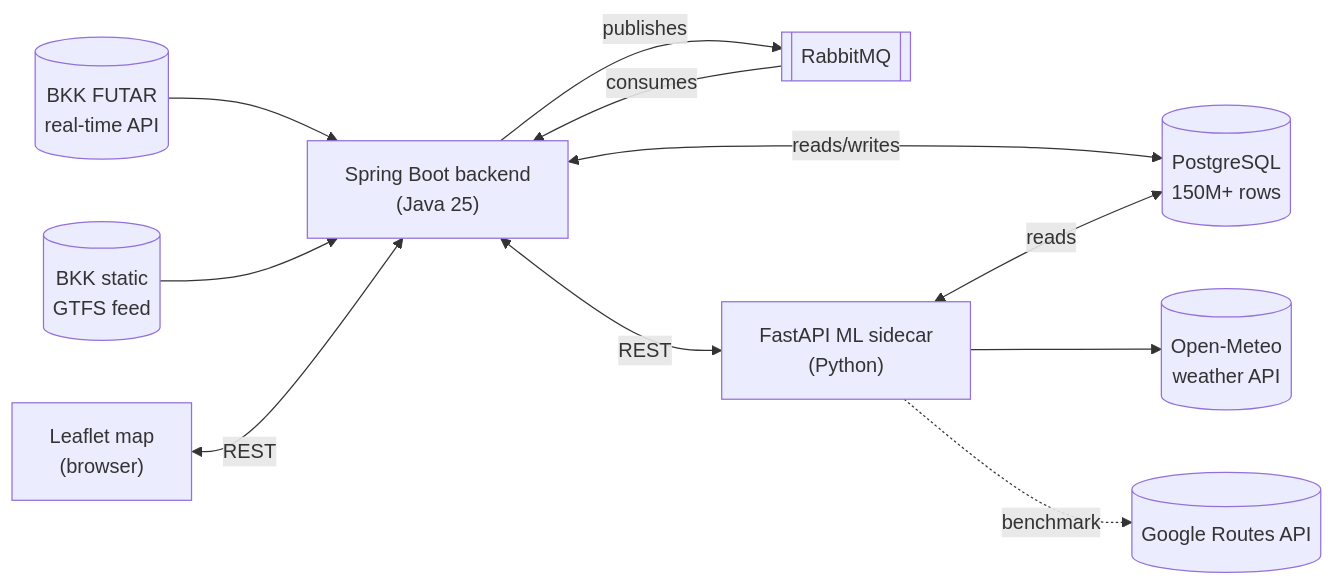
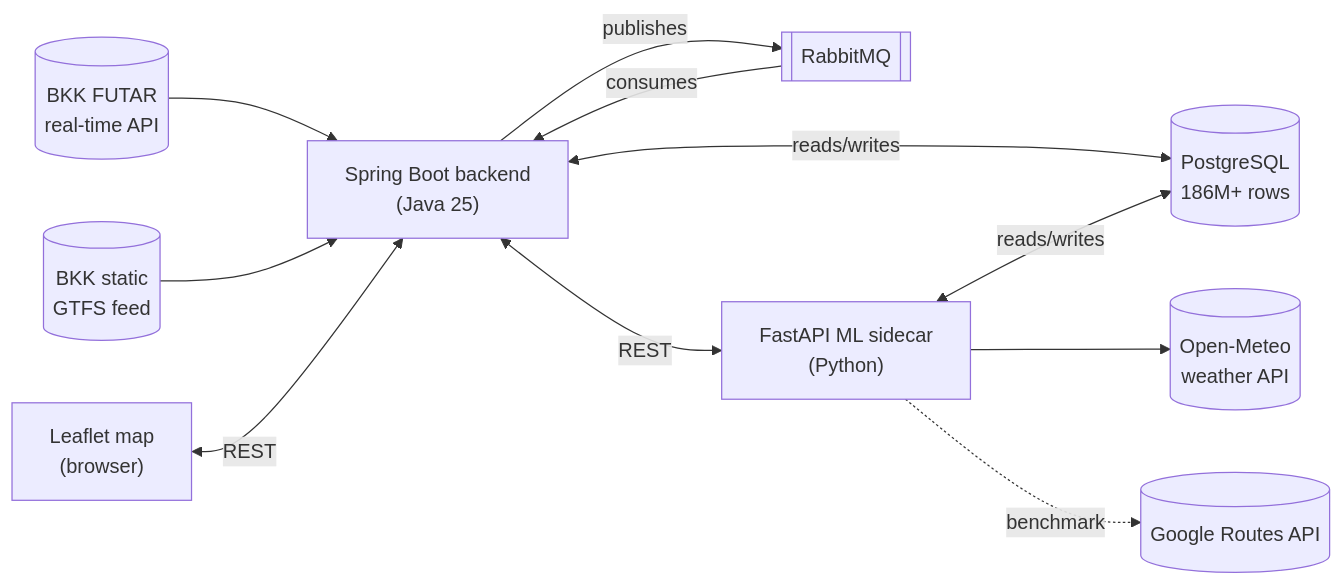
The diagram in README.md (ilkericoz/bkk-transit-app), drawn with Mermaid before and after one commit. The commit also changed other lines of this file, not shown here.

````diff
--- a/README.md
+++ b/README.md
@@ -28,13 +28,13 @@
 ```mermaid
 flowchart LR
     BKK[("BKK FUTAR\nreal-time API")] --> Java
     GTFS[("BKK static\nGTFS feed")] --> Java
     Java["Spring Boot backend\n(Java 25)"] -->|publishes| MQ[["RabbitMQ"]]
     MQ -->|consumes| Java
-    Java <-->|reads/writes| PG[("PostgreSQL\n150M+ rows")]
+    Java <-->|reads/writes| PG[("PostgreSQL\n186M+ rows")]
     Java <-->|REST| Sidecar["FastAPI ML sidecar\n(Python)"]
-    Sidecar <-->|reads| PG
+    Sidecar <-->|reads/writes| PG
     Sidecar --> Weather[("Open-Meteo\nweather API")]
     Sidecar -.benchmark.-> Google[("Google Routes API")]
     Browser["Leaflet map\n(browser)"] <-->|REST| Java
 ```
````
